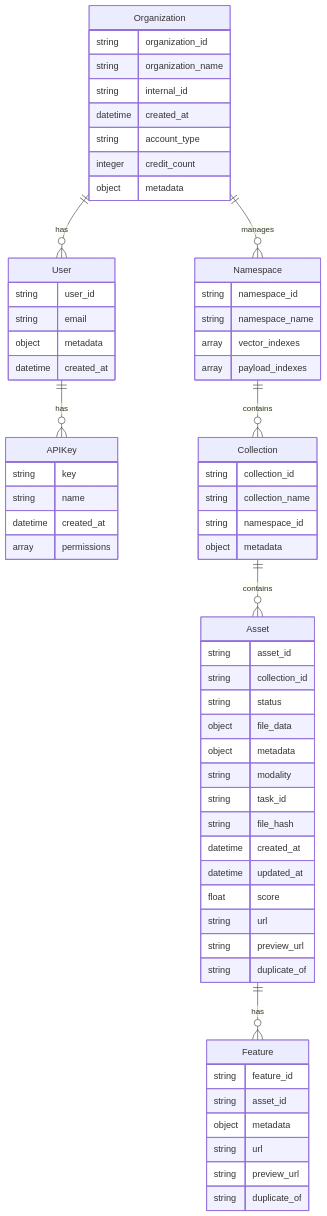
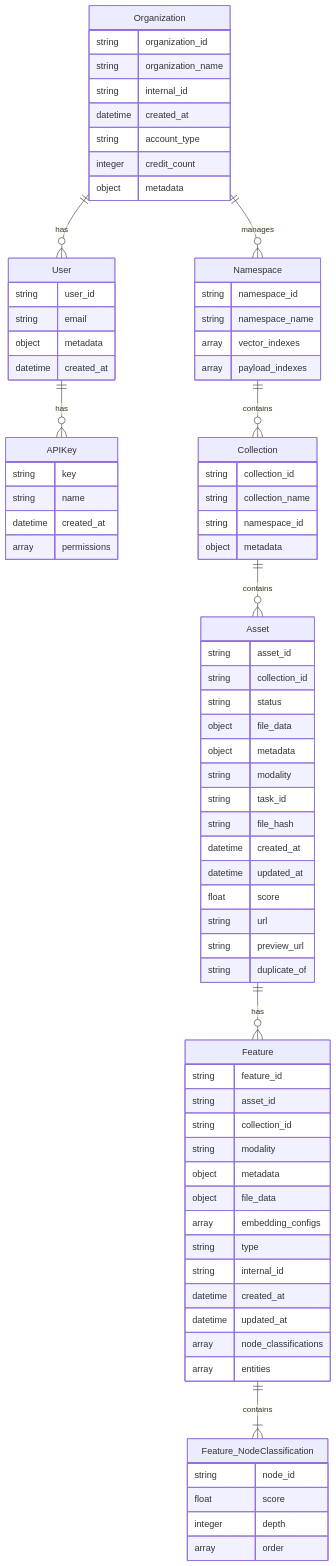
Before and after one commit to mixpeek/docs: the diagram in concepts/overview.mdx, drawn with Mermaid.

````diff
--- a/concepts/overview.mdx
+++ b/concepts/overview.mdx
@@ -43,66 +43,80 @@
 ```mermaid
 erDiagram
     Organization ||--o{ User : has
     Organization ||--o{ Namespace : manages
     User ||--o{ APIKey : has
     Namespace ||--o{ Collection : contains
     Collection ||--o{ Asset : contains
     Asset ||--o{ Feature : has
     Asset {
         string asset_id
         string collection_id
         string status
         object file_data
         object metadata
         string modality
         string task_id
         string file_hash
         datetime created_at
         datetime updated_at
         float score
         string url
         string preview_url
         string duplicate_of
     }
     Feature {
         string feature_id
         string asset_id
+        string collection_id
+        string modality
         object metadata
-        string url
-        string preview_url
-        string duplicate_of
+        object file_data
+        array embedding_configs
+        string type
+        string internal_id
+        datetime created_at
+        datetime updated_at
+        array node_classifications
+        array entities
     }
     Collection {
         string collection_id
         string collection_name
         string namespace_id
         object metadata
     }
     User {
         string user_id
         string email
         object metadata
         datetime created_at
     }
     APIKey {
         string key
         string name
         datetime created_at
         array permissions
     }
     Organization {
         string organization_id
         string organization_name
         string internal_id
         datetime created_at
         string account_type
         integer credit_count
         object metadata
     }
     Namespace {
         string namespace_id
         string namespace_name
         array vector_indexes
         array payload_indexes
     }
+    Feature_NodeClassification {
+        string node_id
+        float score
+        integer depth
+        array order
+    }
+    Feature ||--|{ Feature_NodeClassification : contains
 ```
````
